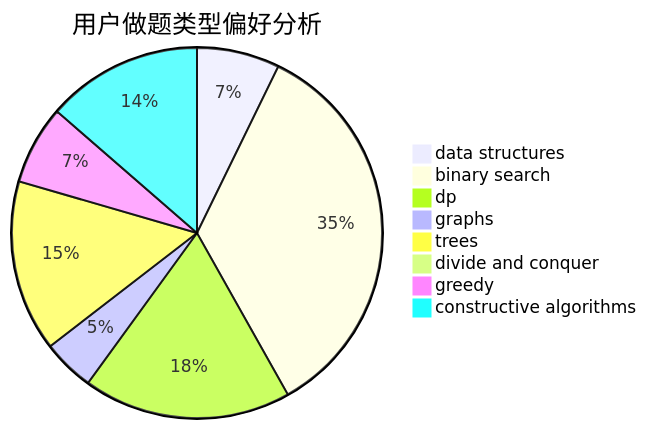
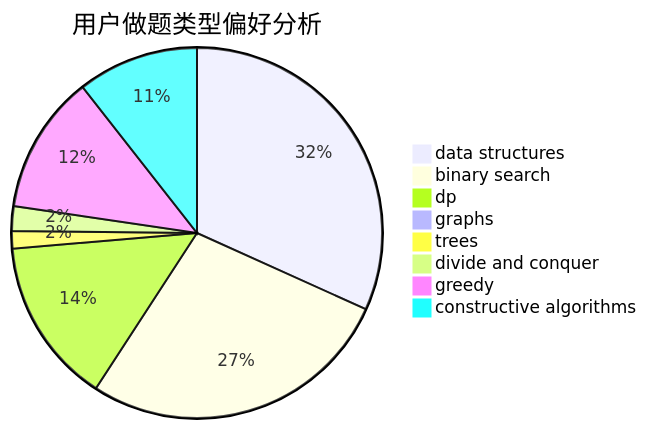
One commit to sherpahu/cfrs.github.io changed the second of 3 diagrams in docs/user/u2259.md. Above: the diagram before and after it, drawn with Mermaid. The commit also changed other lines of this file and 2770 other files, not shown here.

````diff
--- a/docs/user/u2259.md
+++ b/docs/user/u2259.md
@@ -23,11 +23,11 @@
 ```mermaid
 pie title 用户做题类型偏好分析
-    "data structures" :  43
-    "binary search" :  206
-    "dp" :  108
-    "graphs" :  27
-    "trees" :  89
-    "divide and conquer" :  0
-    "greedy" :  41
-    "constructive algorithms" :  81
+    "data structures" :  147
+    "binary search" :  127
+    "dp" :  67
+    "graphs" :  2
+    "trees" :  7
+    "divide and conquer" :  10
+    "greedy" :  56
+    "constructive algorithms" :  49
 ```
````
